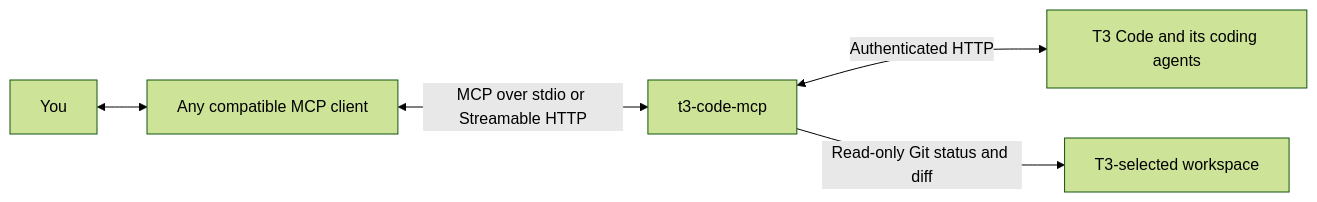
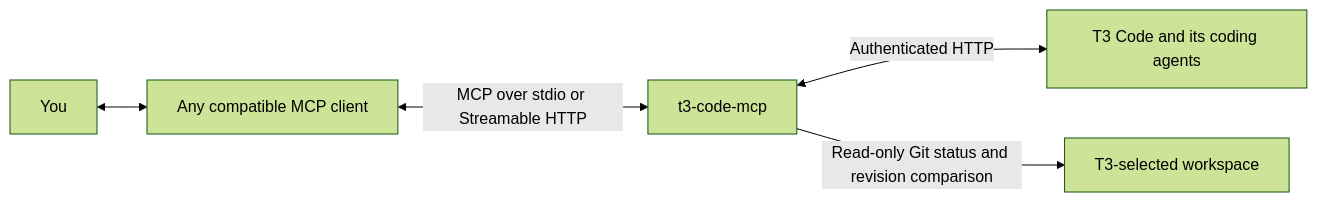
Before and after one commit to MaximilianMauroner/t3code-mcp: the diagram in README.md, drawn with Mermaid (forest theme). The commit also changed other lines of this file and 22 other files, not shown here.

````diff
--- a/README.md
+++ b/README.md
@@ -9,7 +9,7 @@
 ```mermaid
 flowchart LR
     User[You] <--> Client[Any compatible MCP client]
     Client <-->|MCP over stdio or Streamable HTTP| Gateway[t3-code-mcp]
     Gateway <-->|Authenticated HTTP| T3[T3 Code and its coding agents]
-    Gateway -->|Read-only Git status and diff| Workspace[T3-selected workspace]
+    Gateway -->|Read-only Git status and revision comparison| Workspace[T3-selected workspace]
 ```
````
